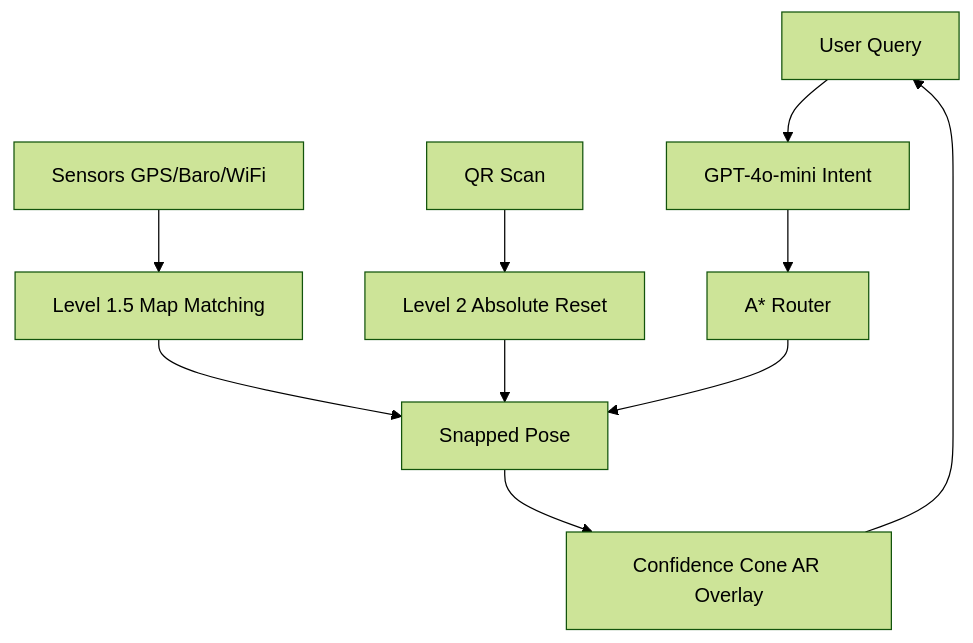
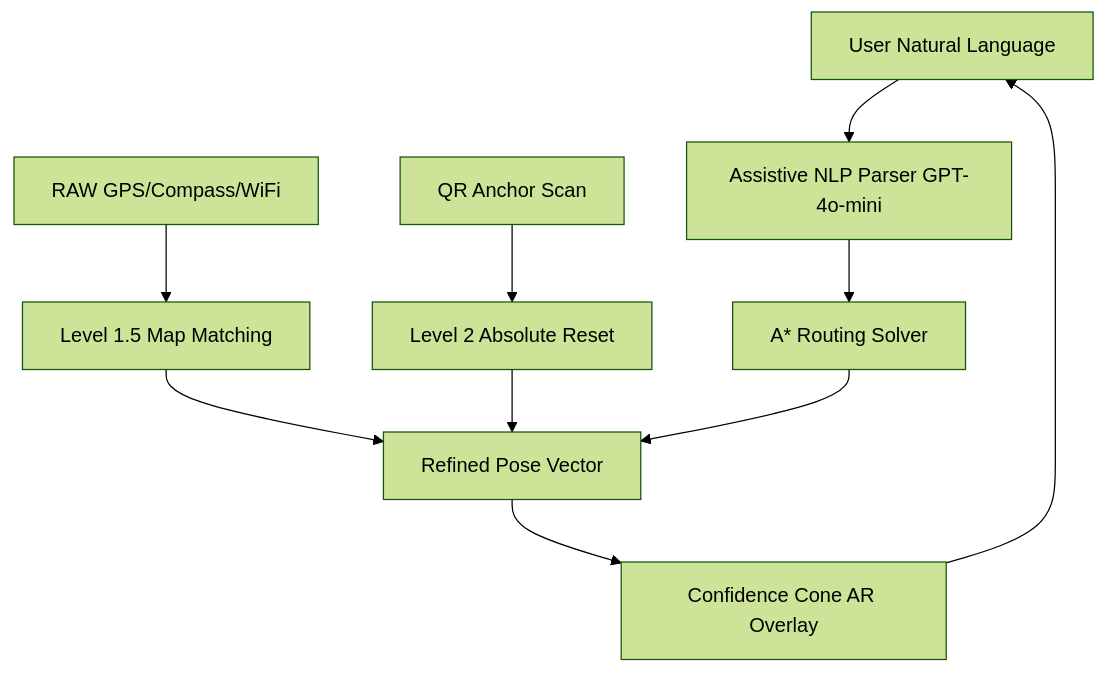
One commit to shivansh-kaushik/GAMEMNNIT changed the diagram in docs/RESEARCH_PAPER.md. Above: the diagram before and after it, drawn with Mermaid (forest theme). The commit also changed other lines of this file and 1 other file, not shown here.

Commit message:
docs: final PhD-level refinements to thesis and README

````diff
--- a/docs/RESEARCH_PAPER.md
+++ b/docs/RESEARCH_PAPER.md
@@ -109,12 +95,12 @@
 ```mermaid
 graph TD
-    A[User Query] --> B[GPT-4o-mini Intent]
-    B --> C[A* Router]
-    D[Sensors GPS/Baro/WiFi] --> E[Level 1.5 Map Matching]
-    F[QR Scan] --> G[Level 2 Absolute Reset]
-    E --> H[Snapped Pose]
+    A[User Natural Language] --> B[Assistive NLP Parser GPT-4o-mini]
+    B --> C[A* Routing Solver]
+    D[RAW GPS/Compass/WiFi] --> E[Level 1.5 Map Matching]
+    F[QR Anchor Scan] --> G[Level 2 Absolute Reset]
+    E --> H[Refined Pose Vector]
     G --> H
     C --> H
     H --> I[Confidence Cone AR Overlay]
     I --> A
 ```
````
